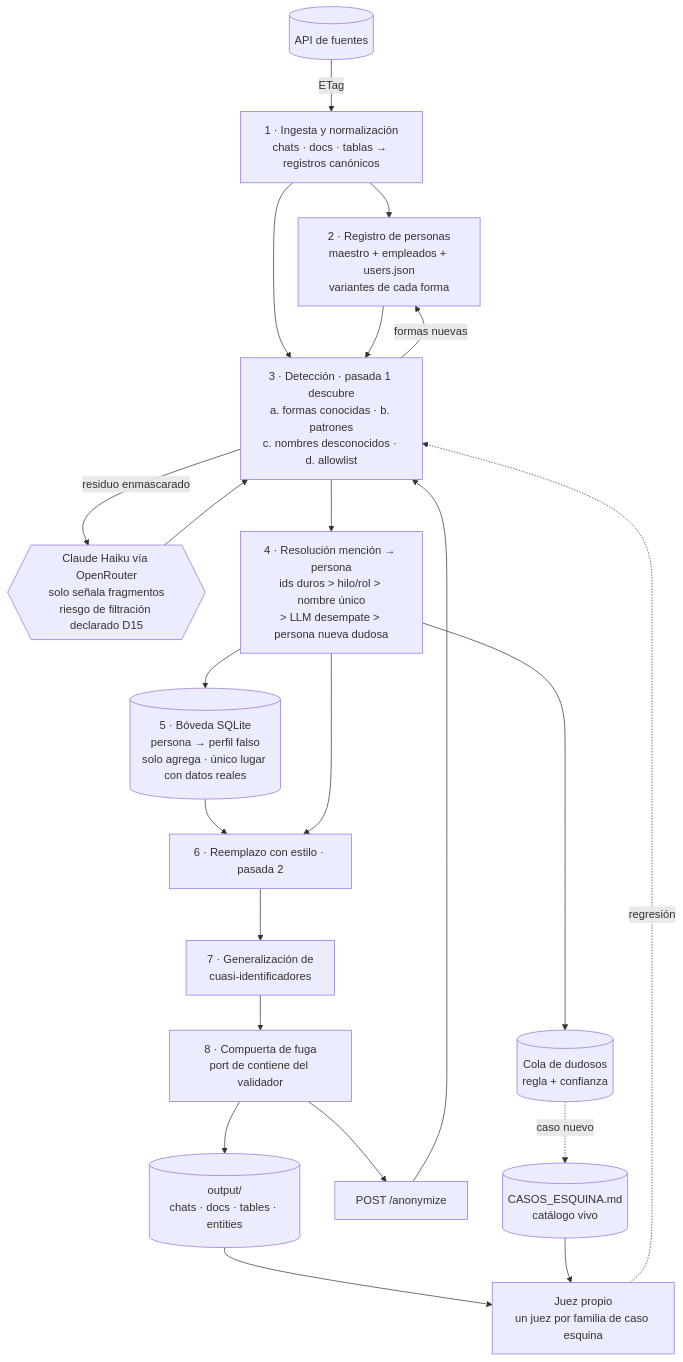
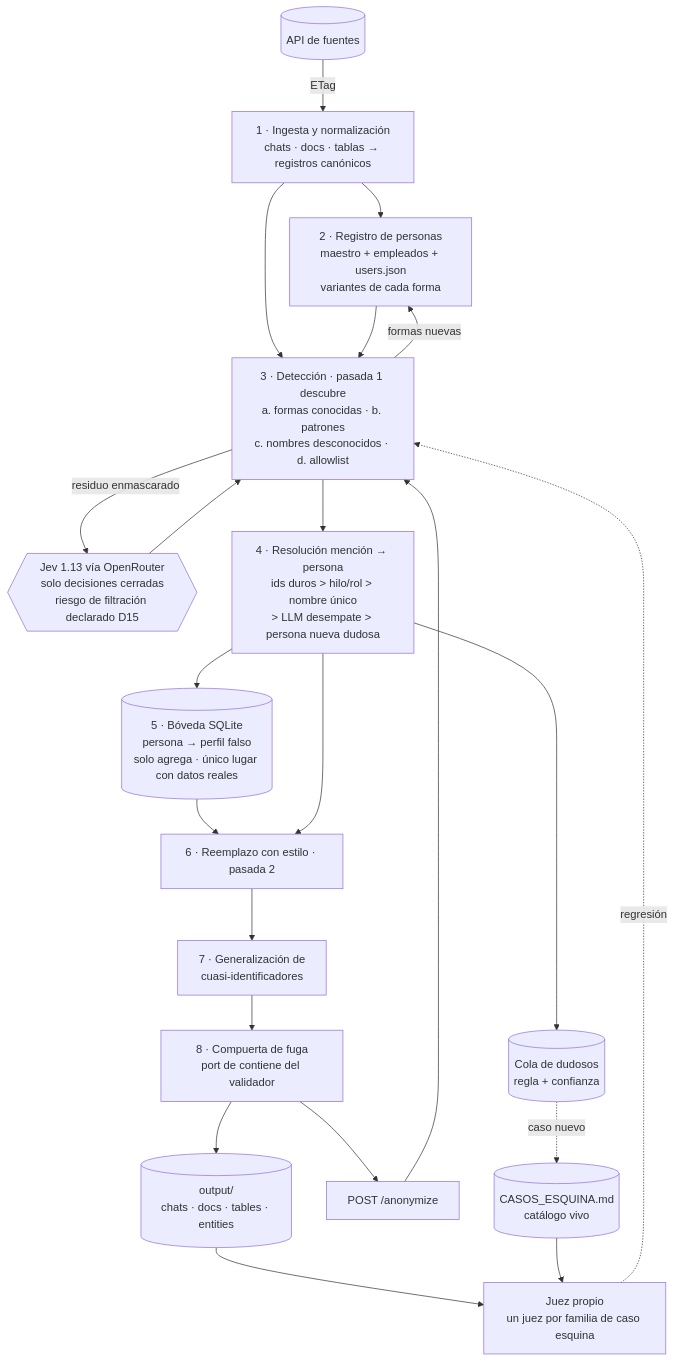
Before and after one commit to game013/frontier-hackaton-31102026: the diagram in DISEÑO.md, drawn with Mermaid. The commit also changed other lines of this file and 2 other files, not shown here.

Commit message:
docs: adopta Jev 1.13 para decisiones y fija homónimos en vivo

````diff
--- a/DISEÑO.md
+++ b/DISEÑO.md
@@ -77,24 +77,24 @@
 ```mermaid
 flowchart TD
     API[(API de fuentes)] -->|ETag| ING[1 · Ingesta y normalización<br/>chats · docs · tablas → registros canónicos]
     ING --> REG[2 · Registro de personas<br/>maestro + empleados + users.json<br/>variantes de cada forma]
     ING --> DET[3 · Detección · pasada 1 descubre<br/>a. formas conocidas · b. patrones<br/>c. nombres desconocidos · d. allowlist]
     REG --> DET
     DET -->|formas nuevas| REG
-    DET -->|residuo enmascarado| LLM{{Claude Haiku vía OpenRouter<br/>solo señala fragmentos<br/>riesgo de filtración declarado D15}}
+    DET -->|residuo enmascarado| LLM{{Jev 1.13 vía OpenRouter<br/>solo decisiones cerradas<br/>riesgo de filtración declarado D15}}
     LLM --> DET
     DET --> RES[4 · Resolución mención → persona<br/>ids duros > hilo/rol > nombre único<br/>> LLM desempate > persona nueva dudosa]
     RES --> DUD[(Cola de dudosos<br/>regla + confianza)]
     RES --> BOV[(5 · Bóveda SQLite<br/>persona → perfil falso<br/>solo agrega · único lugar con datos reales)]
     BOV --> REP[6 · Reemplazo con estilo · pasada 2]
     RES --> REP
     REP --> GEN[7 · Generalización de<br/>cuasi-identificadores]
     GEN --> GATE[8 · Compuerta de fuga<br/>port de contiene del validador]
     GATE --> OUT[(output/<br/>chats · docs · tables · entities)]
     LIVE[POST /anonymize] --> DET
     GATE --> LIVE
     OUT --> JUEZ[Juez propio<br/>un juez por familia de caso esquina]
     CAT[(CASOS_ESQUINA.md<br/>catálogo vivo)] --> JUEZ
     DUD -.->|caso nuevo| CAT
     JUEZ -.->|regresión| DET
 ```
````
